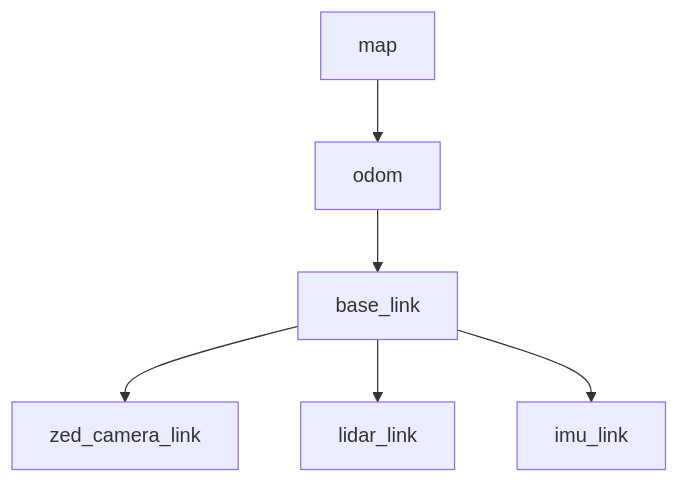
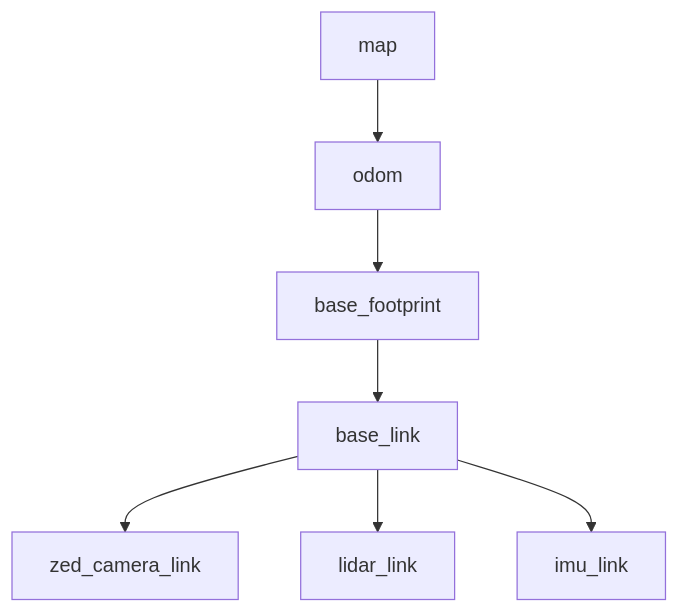
One commit to Project-LAKSA/Project_LAKSA changed the first of 7 diagrams in firmware/esp32-s3/NAVIGATION_V2_ARCHITECTURE.md. Above: the diagram before and after it, drawn with Mermaid. The commit also changed other lines of this file and 6 other files, not shown here.

````diff
--- a/firmware/esp32-s3/NAVIGATION_V2_ARCHITECTURE.md
+++ b/firmware/esp32-s3/NAVIGATION_V2_ARCHITECTURE.md
@@ -27,7 +28,7 @@
 ```mermaid
 flowchart TB
-  map --> odom --> base_link
+  map --> odom --> base_footprint --> base_link
   base_link --> zed_camera_link
   base_link --> lidar_link
   base_link --> imu_link
 ```
````
